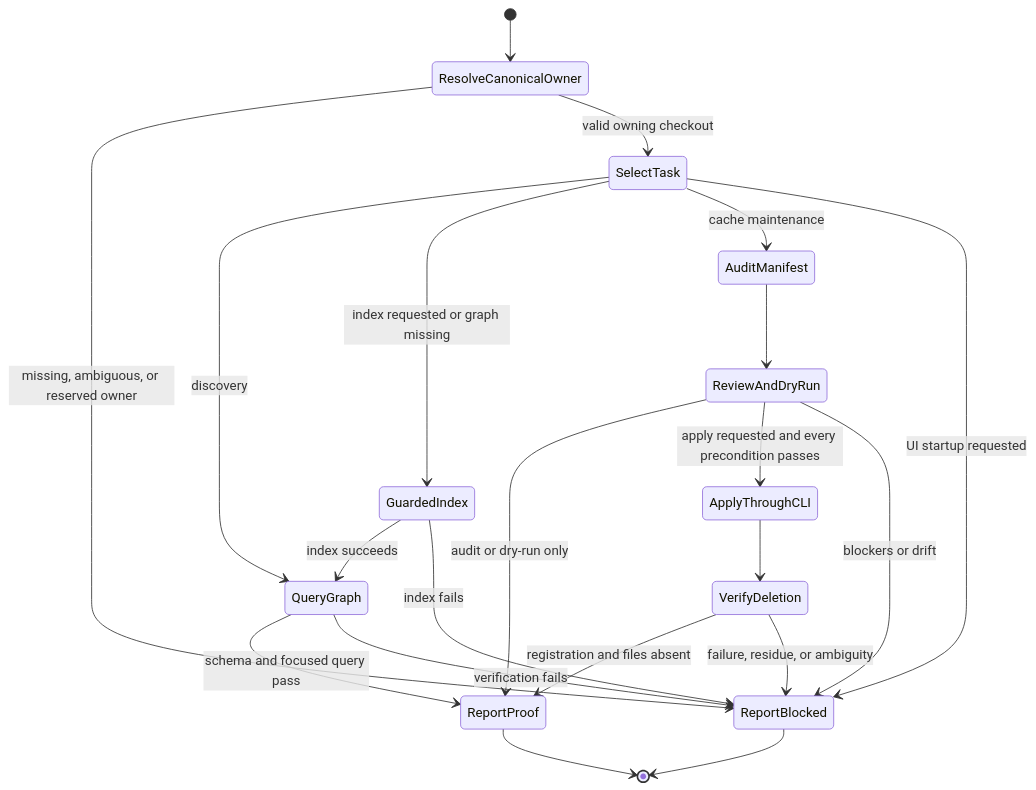
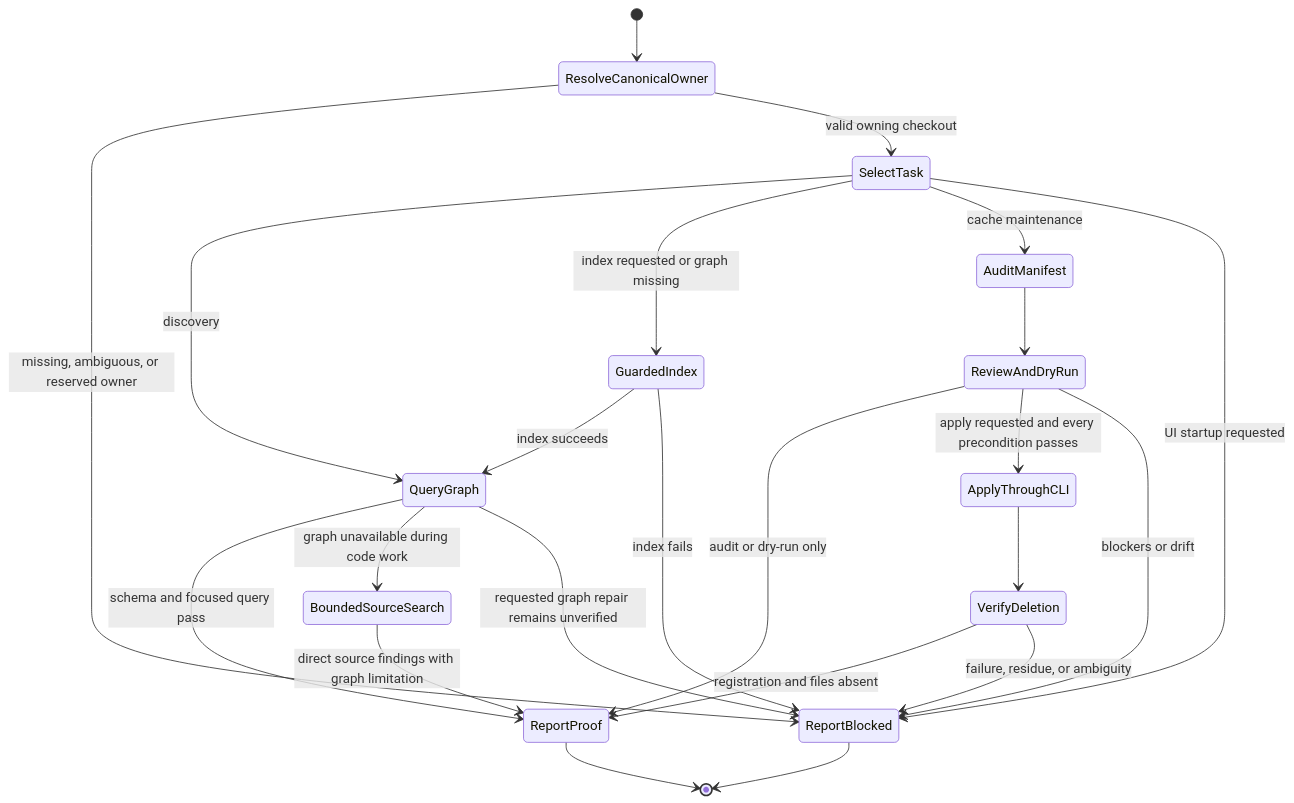
One commit to vincentkoc/dotskills changed the diagram in skills/codebase-memory-mcp/SKILL.md. Above: the diagram before and after it, drawn with Mermaid. The commit also changed other lines of this file and 2 other files, not shown here.

Commit message:
fix(skills): apply bounded completion and discovery rules (#64)

````diff
--- a/skills/codebase-memory-mcp/SKILL.md
+++ b/skills/codebase-memory-mcp/SKILL.md
@@ -96,24 +97,26 @@
 ```mermaid
 stateDiagram-v2
     [*] --> ResolveCanonicalOwner
     ResolveCanonicalOwner --> ReportBlocked: missing, ambiguous, or reserved owner
     ResolveCanonicalOwner --> SelectTask: valid owning checkout
     state SelectTask <<choice>>
     SelectTask --> QueryGraph: discovery
     SelectTask --> GuardedIndex: index requested or graph missing
     SelectTask --> AuditManifest: cache maintenance
     SelectTask --> ReportBlocked: UI startup requested
     GuardedIndex --> QueryGraph: index succeeds
     GuardedIndex --> ReportBlocked: index fails
     QueryGraph --> ReportProof: schema and focused query pass
-    QueryGraph --> ReportBlocked: verification fails
+    QueryGraph --> BoundedSourceSearch: graph unavailable during code work
+    BoundedSourceSearch --> ReportProof: direct source findings with graph limitation
+    QueryGraph --> ReportBlocked: requested graph repair remains unverified
     AuditManifest --> ReviewAndDryRun
     ReviewAndDryRun --> ReportProof: audit or dry-run only
     ReviewAndDryRun --> ApplyThroughCLI: apply requested and every precondition passes
     ReviewAndDryRun --> ReportBlocked: blockers or drift
     ApplyThroughCLI --> VerifyDeletion
     VerifyDeletion --> ReportProof: registration and files absent
     VerifyDeletion --> ReportBlocked: failure, residue, or ambiguity
     ReportProof --> [*]
     ReportBlocked --> [*]
 ```
````
